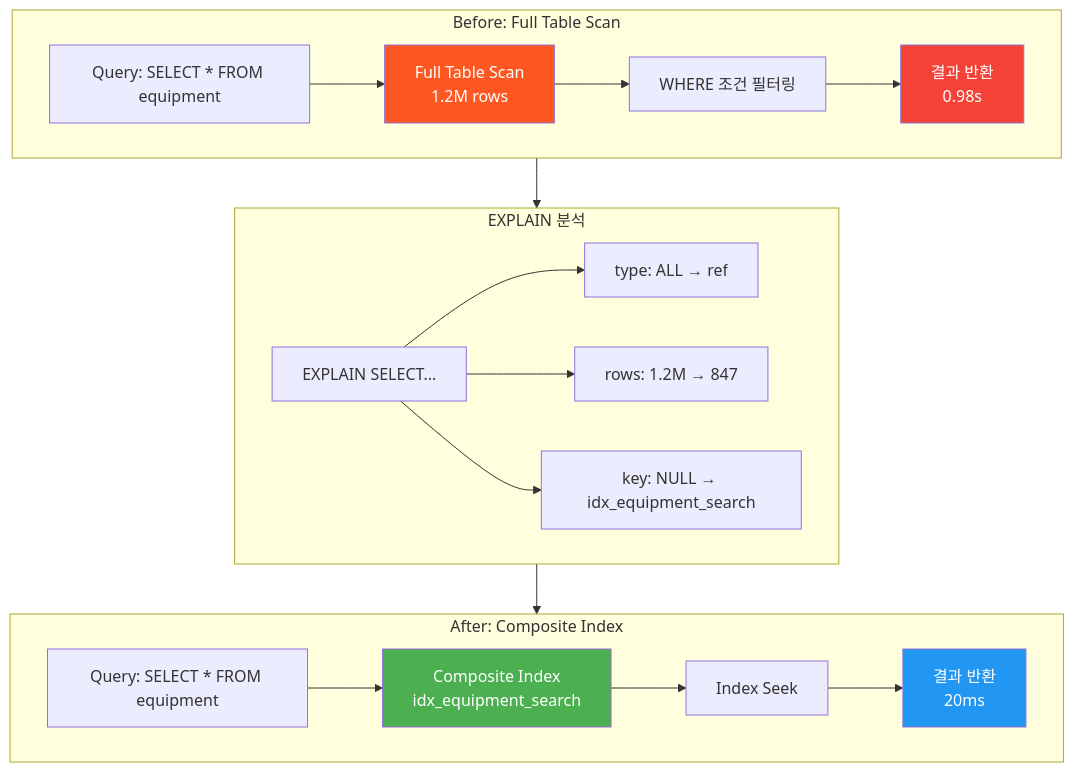
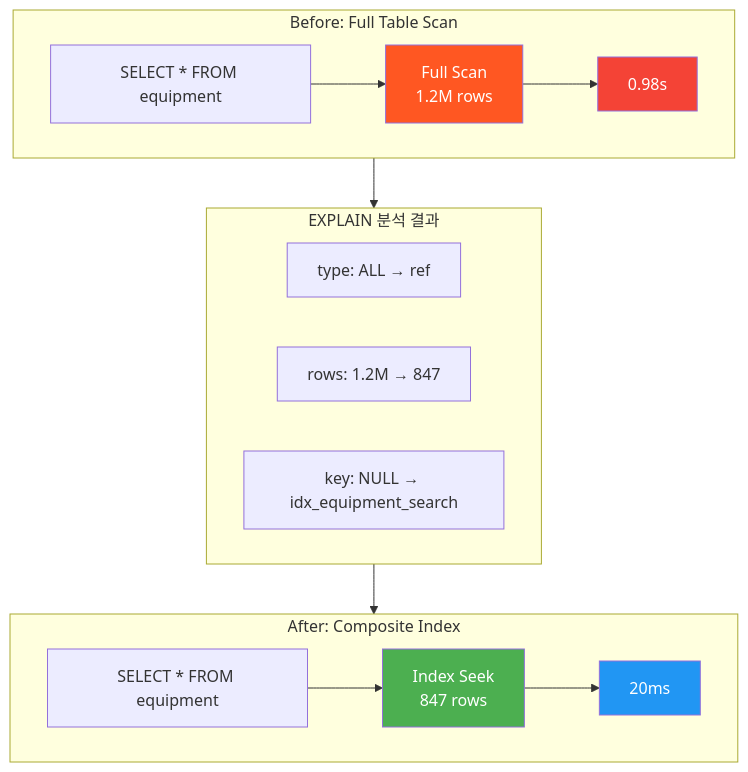
One commit to zbnerd/probabilistic-valuation-engine changed the first of 8 diagrams in docs/05_Reports/PORTFOLIO_TECHNICAL_DEEP_DIVE.md. Above: the diagram before and after it, drawn with Mermaid. The commit also changed other lines of this file, not shown here.

First line of the commit message:
docs: 포트폴리오 다이어그램 TD+LR 혼합 레이아웃 적용

````diff
--- a/docs/05_Reports/PORTFOLIO_TECHNICAL_DEEP_DIVE.md
+++ b/docs/05_Reports/PORTFOLIO_TECHNICAL_DEEP_DIVE.md
@@ -26,28 +26,29 @@
 ```mermaid
-flowchart TB
+flowchart TD
+    subgraph Analysis["EXPLAIN 분석 결과"]
+        direction LR
+        TYPE["type: ALL → ref"]
+        ROWS["rows: 1.2M → 847"]
+        KEY["key: NULL → idx_equipment_search"]
+    end
+
     subgraph Before["Before: Full Table Scan"]
-        Q1[Query: SELECT * FROM equipment] --> SCAN[Full Table Scan<br/>1.2M rows]
-        SCAN --> FILTER[WHERE 조건 필터링]
-        FILTER --> RESULT1[결과 반환<br/>0.98s]
+        direction LR
+        B1["SELECT * FROM equipment"] --> B2["Full Scan<br/>1.2M rows"]
+        B2 --> B3["0.98s"]
     end
 
     subgraph After["After: Composite Index"]
-        Q2[Query: SELECT * FROM equipment] --> IDX[Composite Index<br/>idx_equipment_search]
-        IDX --> SEEK[Index Seek]
-        SEEK --> RESULT2[결과 반환<br/>20ms]
+        direction LR
+        A1["SELECT * FROM equipment"] --> A2["Index Seek<br/>847 rows"]
+        A2 --> A3["20ms"]
     end
 
-    subgraph EXPLAIN["EXPLAIN 분석"]
-        ANALYZE[EXPLAIN SELECT...] --> TYPE[type: ALL → ref]
-        ANALYZE --> ROWS[rows: 1.2M → 847]
-        ANALYZE --> KEY[key: NULL → idx_equipment_search]
-    end
+    Before --> Analysis
+    Analysis --> After
 
-    Before --> EXPLAIN
-    EXPLAIN --> After
-
-    style SCAN fill:#FF5722,color:white
-    style IDX fill:#4CAF50,color:white
-    style RESULT1 fill:#F44336,color:white
-    style RESULT2 fill:#2196F3,color:white
+    style B2 fill:#FF5722,color:white
+    style B3 fill:#F44336,color:white
+    style A2 fill:#4CAF50,color:white
+    style A3 fill:#2196F3,color:white
 ```
````
